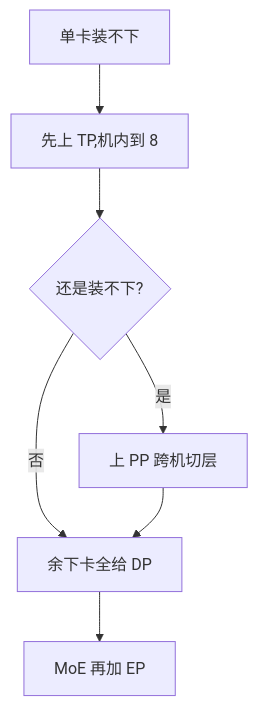
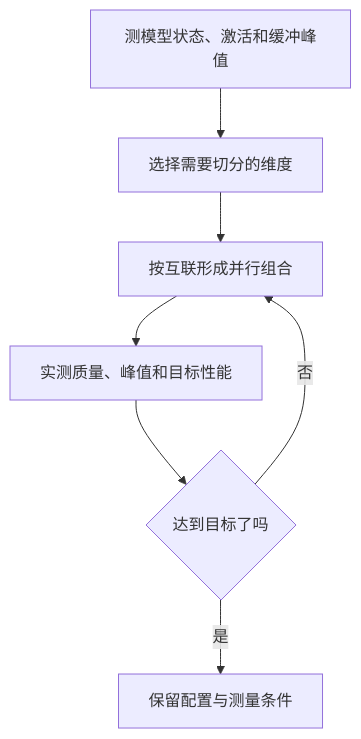
The diagram in knowledge/04-Infra/01-原理/并行策略.md (ChaoyuWang04/MockInterview), drawn with Mermaid before and after one commit. The commit also changed other lines of this file and 112 other files, not shown here.

````diff
--- a/knowledge/04-Infra/01-原理/并行策略.md
+++ b/knowledge/04-Infra/01-原理/并行策略.md
@@ -211,9 +215,9 @@
 ```mermaid
 flowchart TD
-    A["单卡装不下"] --> B["先上 TP,机内到 8"]
-    B --> C{"还是装不下?"}
-    C -->|"是"| D["上 PP 跨机切层"]
-    C -->|"否"| E["余下卡全给 DP"]
-    D --> E
-    E --> F["MoE 再加 EP"]
+    A["测模型状态、激活和缓冲峰值"] --> B["选择需要切分的维度"]
+    B --> C["按互联形成并行组合"]
+    C --> D["实测质量、峰值和目标性能"]
+    D --> E{"达到目标了吗"}
+    E -->|是| F["保留配置与测量条件"]
+    E -->|否| C
 ```
````
